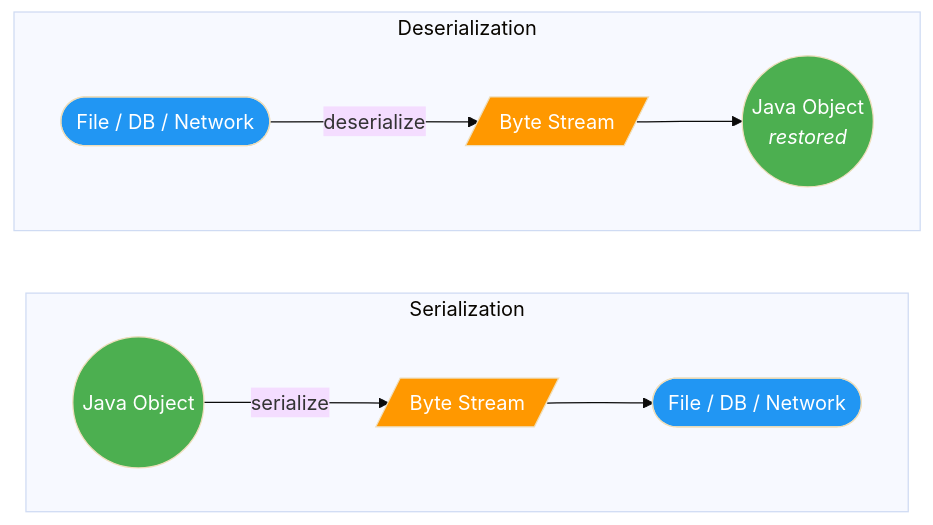
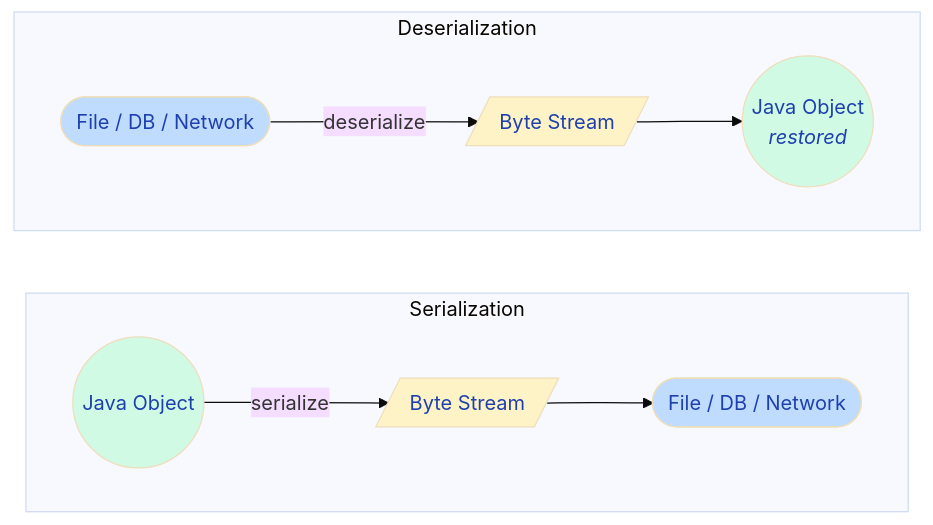
Before and after one commit to saivamsikaruturi/vamsilabs-dev-notes-main: the first of 2 diagrams in docs/java/Serialization.md, drawn with Mermaid (base theme). The commit also changed other lines of this file and 220 other files, not shown here.

First line of the commit message:
Add 50+ new Java/Spring Boot pages, rewrite CSS code blocks to Oracle style, fix all diagram colors

````diff
--- a/docs/java/Serialization.md
+++ b/docs/java/Serialization.md
@@ -9,20 +9,20 @@
 ```mermaid
 flowchart LR
     subgraph Serialization
         direction LR
         A(("Java Object")) -->|serialize| B[/"Byte Stream"/]
         B --> C(["File / DB / Network"])
     end
     subgraph Deserialization
         direction LR
         D(["File / DB / Network"]) -->|deserialize| E[/"Byte Stream"/]
         E --> F(("Java Object<br/><i>restored</i>"))
     end
 
-    style A fill:#4CAF50,color:#fff
-    style B fill:#FF9800,color:#fff
-    style C fill:#2196F3,color:#fff
-    style D fill:#2196F3,color:#fff
-    style E fill:#FF9800,color:#fff
-    style F fill:#4CAF50,color:#fff
+    style A fill:#D1FAE5,color:#1E40AF
+    style B fill:#FEF3C7,color:#1E40AF
+    style C fill:#BFDBFE,color:#1E40AF
+    style D fill:#BFDBFE,color:#1E40AF
+    style E fill:#FEF3C7,color:#1E40AF
+    style F fill:#D1FAE5,color:#1E40AF
 ```
````
